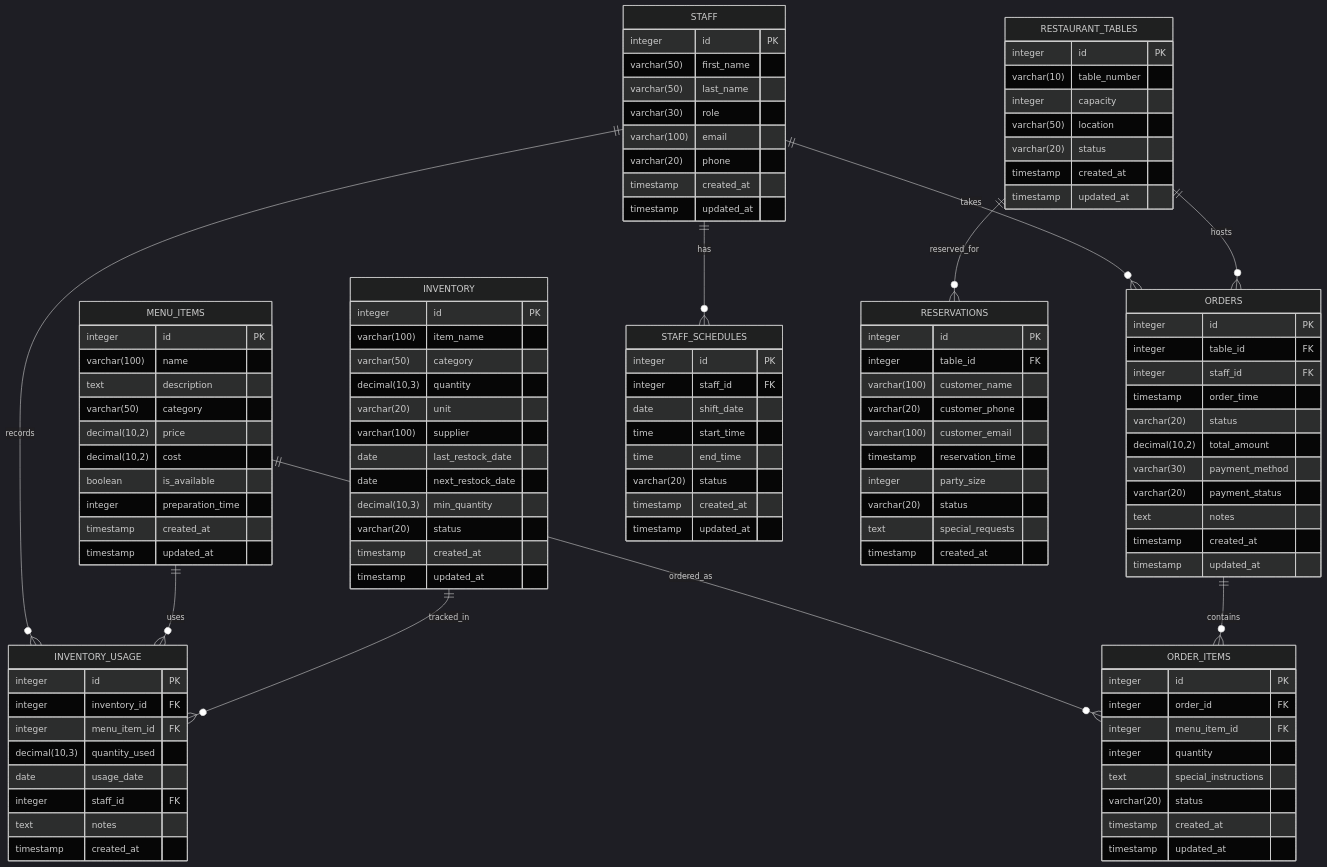
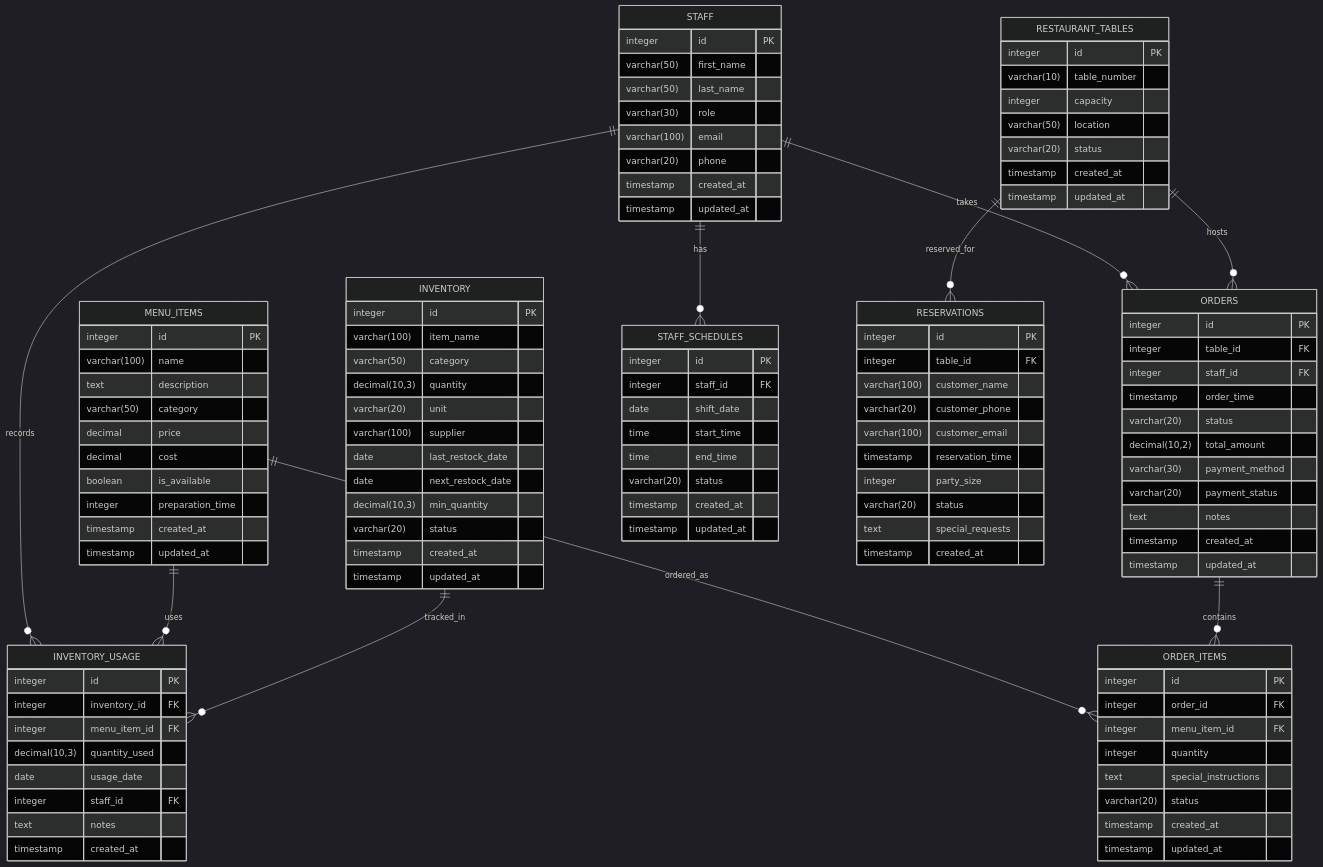
One commit to Gbarnes63/Restaurant-mgmt changed the diagram in ReadMe.md. Above: the diagram before and after it, drawn with Mermaid (dark theme).

```diff
--- a/ReadMe.md
+++ b/ReadMe.md
@@ -28,8 +28,8 @@
         varchar(100) name
         text description
         varchar(50) category
-        decimal(10,2) price
-        decimal(10,2) cost
+        decimal price
+        decimal cost
         boolean is_available
         integer preparation_time
         timestamp created_at
```
